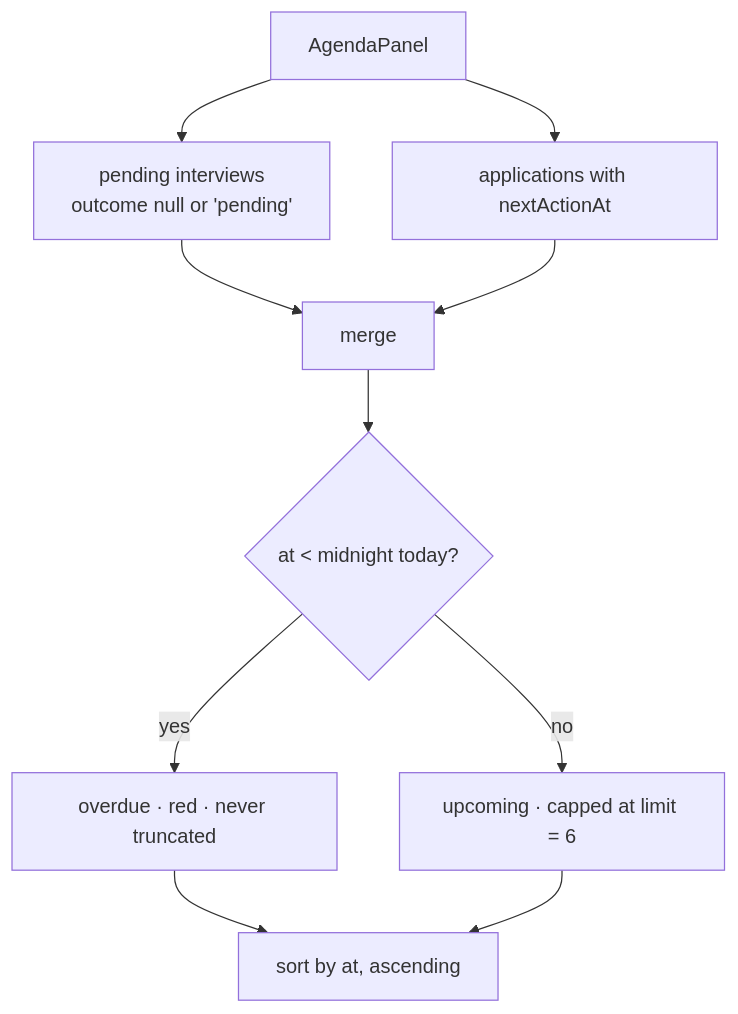
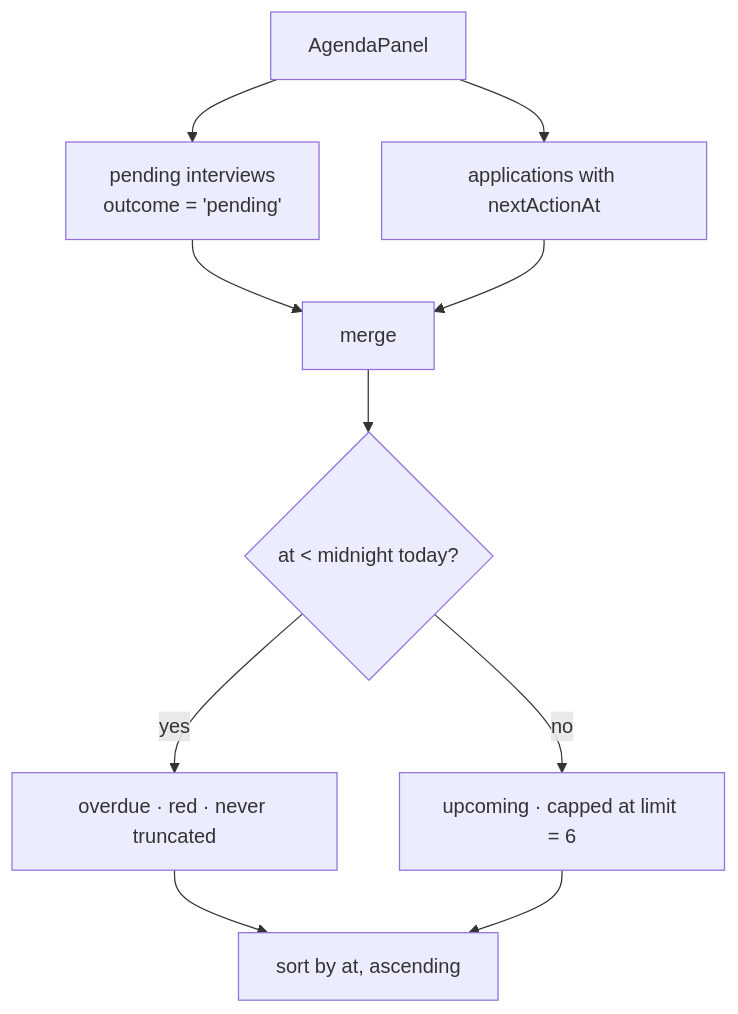
One commit to c0k0n/job-tracker changed the fourth of 5 diagrams in docs/analytics.md. Above: the diagram before and after it, drawn with Mermaid. The commit also changed other lines of this file and 16 other files, not shown here.

````diff
--- a/docs/analytics.md
+++ b/docs/analytics.md
@@ -88,12 +92,12 @@
 ```mermaid
 flowchart TD
-    A["AgendaPanel"] --> B["pending interviews<br/>outcome null or 'pending'"]
+    A["AgendaPanel"] --> B["pending interviews<br/>outcome = 'pending'"]
     A --> C["applications with nextActionAt"]
     B --> D["merge"]
     C --> D
     D --> E{"at < midnight today?"}
     E -- yes --> F["overdue · red · never truncated"]
     E -- no --> G["upcoming · capped at limit = 6"]
     F --> H["sort by at, ascending"]
     G --> H
 ```
````
